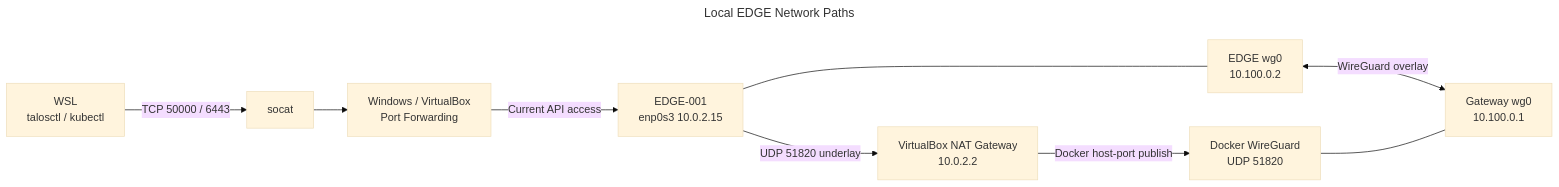
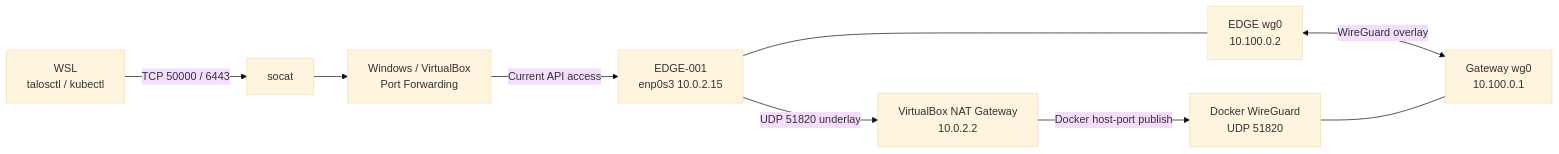
One commit to naren4b/learn-talos changed diagram 35 of 35 in docs/track-2-secure-edge/README.md. Above: the diagram before and after it, drawn with Mermaid (base theme). The commit also changed other lines of this file, not shown here.

Commit message:
docs: fix GitHub Mermaid rich display errors

````diff
--- a/docs/track-2-secure-edge/README.md
+++ b/docs/track-2-secure-edge/README.md
@@ -2328,25 +2320,22 @@
 ```mermaid
----
-title: Local EDGE Network Paths
----
 flowchart LR
     W[WSL<br/>talosctl / kubectl]
     S[socat]
     H[Windows / VirtualBox<br/>Port Forwarding]
     E[EDGE-001<br/>enp0s3 10.0.2.15]
     V[VirtualBox NAT Gateway<br/>10.0.2.2]
     D[Docker WireGuard<br/>UDP 51820]
     EW[EDGE wg0<br/>10.100.0.2]
     GW[Gateway wg0<br/>10.100.0.1]
 
     W -->|TCP 50000 / 6443| S
     S --> H
     H -->|Current API access| E
 
     E -->|UDP 51820 underlay| V
     V -->|Docker host-port publish| D
 
     EW <-->|WireGuard overlay| GW
     D --- GW
     E --- EW
 ```
````
